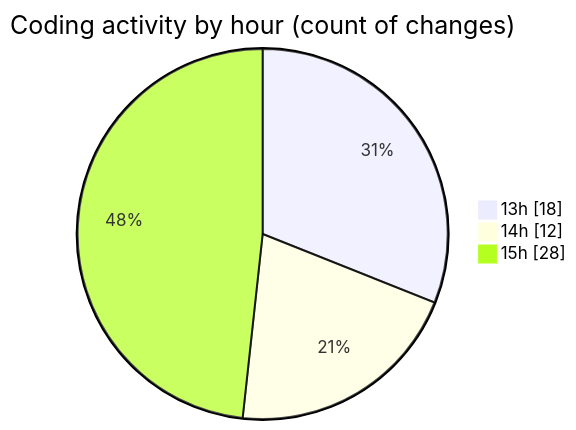
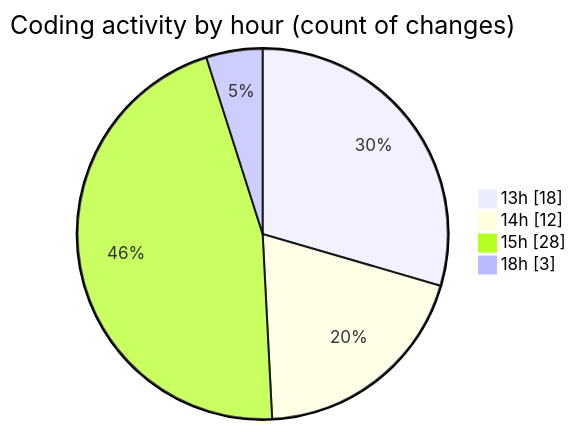
The second of 2 diagrams in 2025-06-16/studio-backend/README.md (idhammustaqopulfikri/code-tracking), drawn with Mermaid before and after one commit. The commit also changed other lines of this file and 1 other file, not shown here.

````diff
--- a/2025-06-16/studio-backend/README.md
+++ b/2025-06-16/studio-backend/README.md
@@ -40,7 +41,8 @@
 ```mermaid
 pie showData
 title Coding activity by hour (count of changes)
 "13h" : 18
 "14h" : 12
 "15h" : 28
+"18h" : 3
 ```
````
